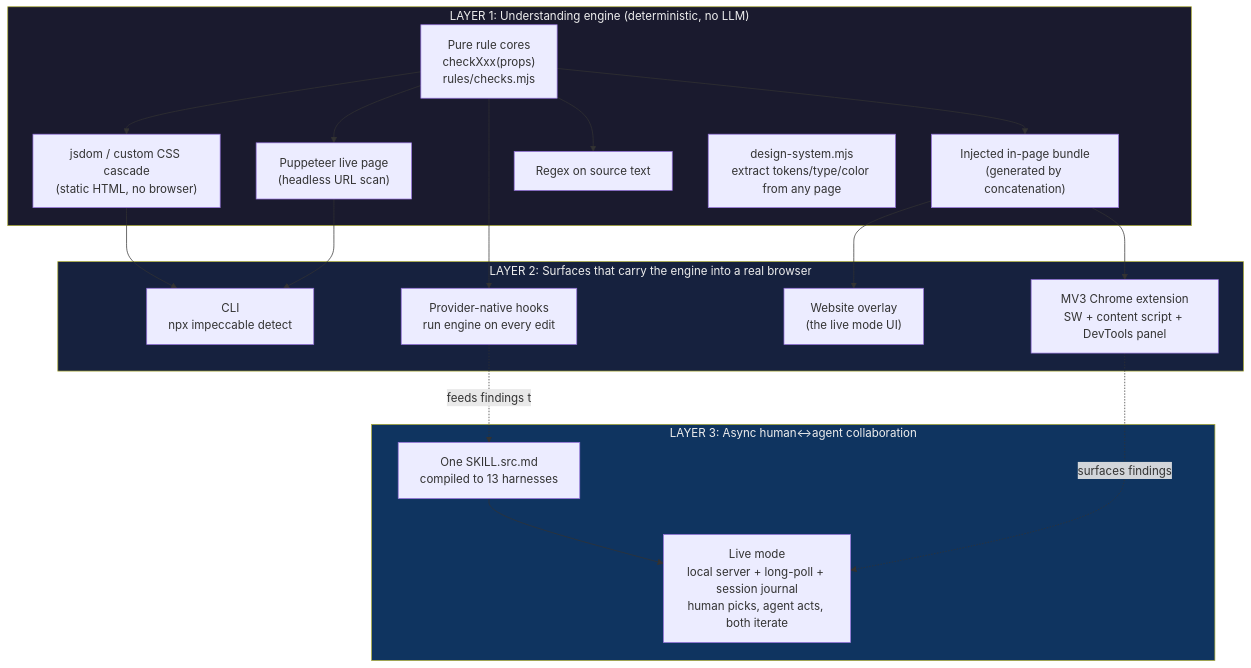
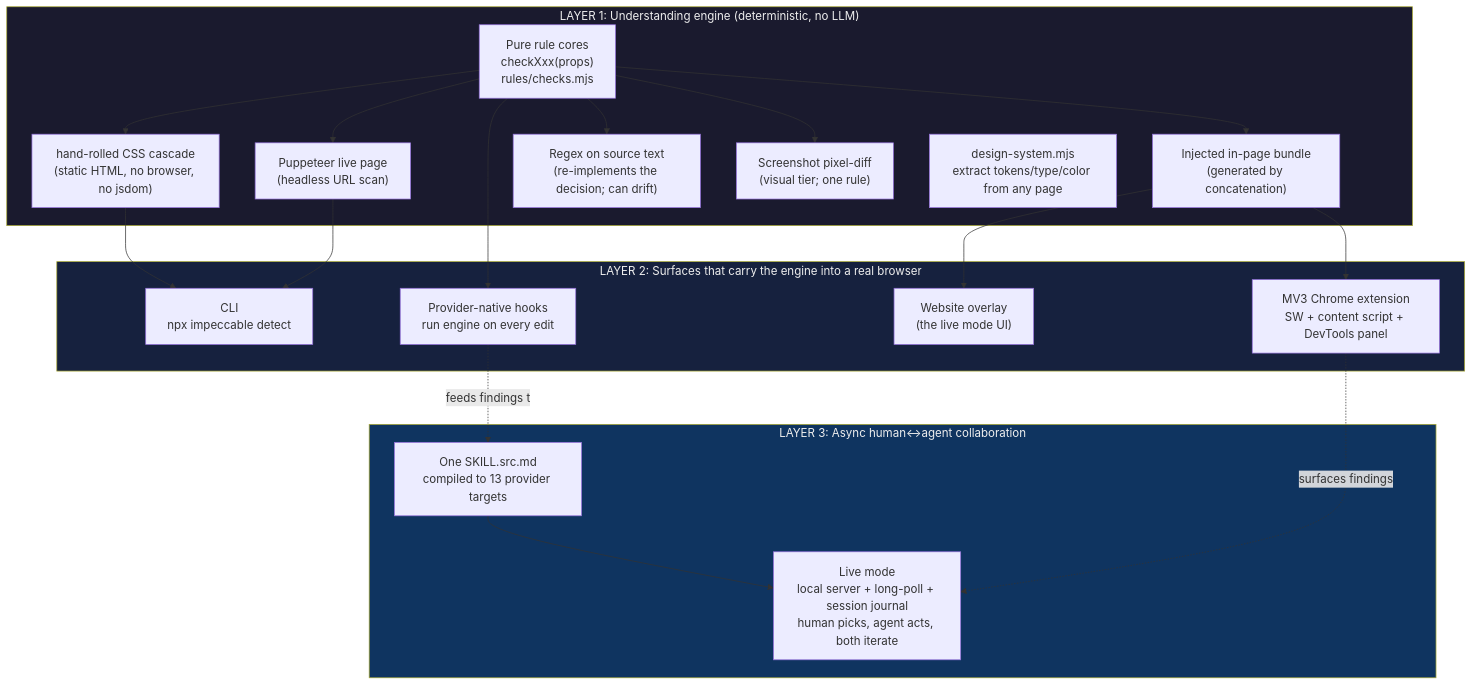
Before and after one commit to martinmoradi/yoinkit: the first of 2 diagrams in audit/impeccable/00-EXECUTIVE-SUMMARY.md, drawn with Mermaid. The commit also changed other lines of this file and 3 other files, not shown here.

````diff
--- a/audit/impeccable/00-EXECUTIVE-SUMMARY.md
+++ b/audit/impeccable/00-EXECUTIVE-SUMMARY.md
@@ -14,36 +14,37 @@
 ```mermaid
 flowchart TB
     subgraph L1["LAYER 1: Understanding engine (deterministic, no LLM)"]
         CORE["Pure rule cores<br/>checkXxx(props)<br/>rules/checks.mjs"]
-        CORE --> A1["jsdom / custom CSS cascade<br/>(static HTML, no browser)"]
+        CORE --> A1["hand-rolled CSS cascade<br/>(static HTML, no browser, no jsdom)"]
         CORE --> A2["Puppeteer live page<br/>(headless URL scan)"]
         CORE --> A3["Injected in-page bundle<br/>(generated by concatenation)"]
-        CORE --> A4["Regex on source text"]
+        CORE --> A4["Regex on source text<br/>(re-implements the decision; can drift)"]
+        CORE --> A5["Screenshot pixel-diff<br/>(visual tier; one rule)"]
         DS["design-system.mjs<br/>extract tokens/type/color from any page"]
     end
 
     subgraph L2["LAYER 2: Surfaces that carry the engine into a real browser"]
         CLI["CLI<br/>npx impeccable detect"]
         EXT["MV3 Chrome extension<br/>SW + content script + DevTools panel"]
         OVL["Website overlay<br/>(the live mode UI)"]
         HOOK["Provider-native hooks<br/>run engine on every edit"]
     end
 
     subgraph L3["LAYER 3: Async human↔agent collaboration"]
-        SKILL["One SKILL.src.md<br/>compiled to 13 harnesses"]
+        SKILL["One SKILL.src.md<br/>compiled to 13 provider targets"]
         LIVE["Live mode<br/>local server + long-poll + session journal<br/>human picks, agent acts, both iterate"]
     end
 
     A3 --> EXT
     A3 --> OVL
     A1 --> CLI
     A2 --> CLI
     CORE --> HOOK
     SKILL --> LIVE
     EXT -.surfaces findings.-> LIVE
     HOOK -.feeds findings to.-> SKILL
 
     style L1 fill:#1a1a2e,color:#eee
     style L2 fill:#16213e,color:#eee
     style L3 fill:#0f3460,color:#eee
 ```
````
